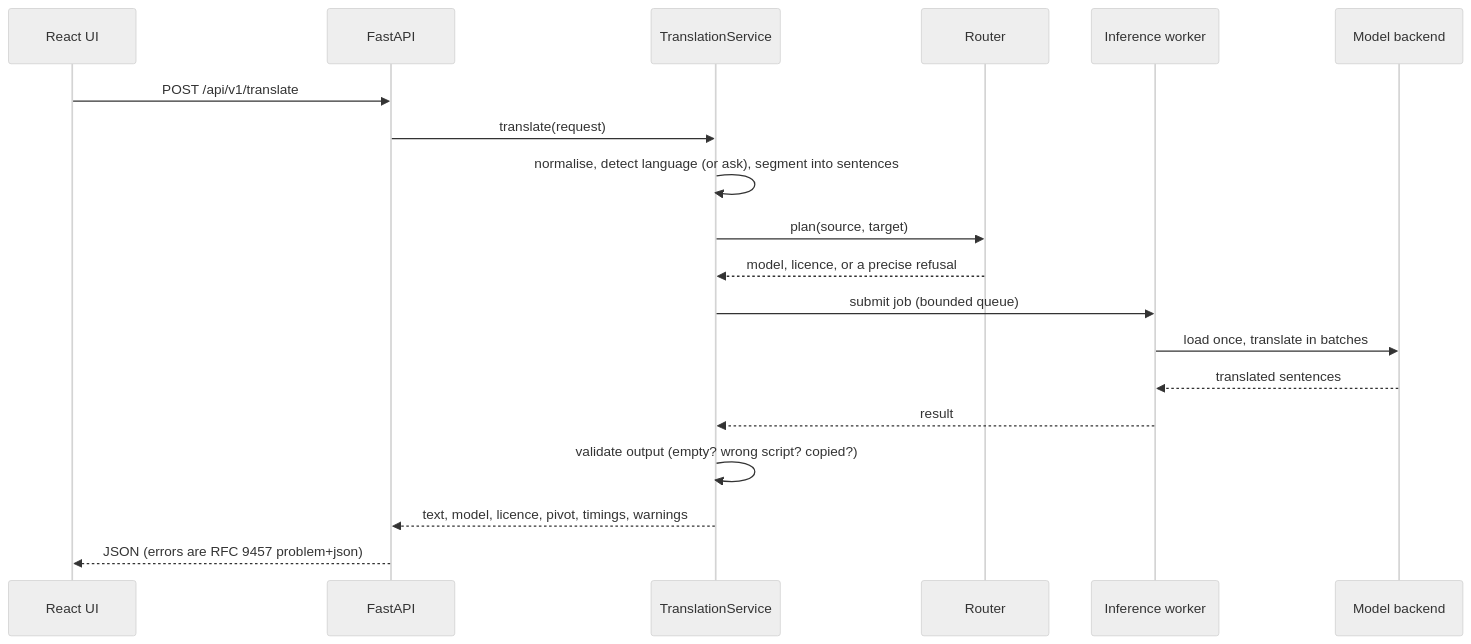
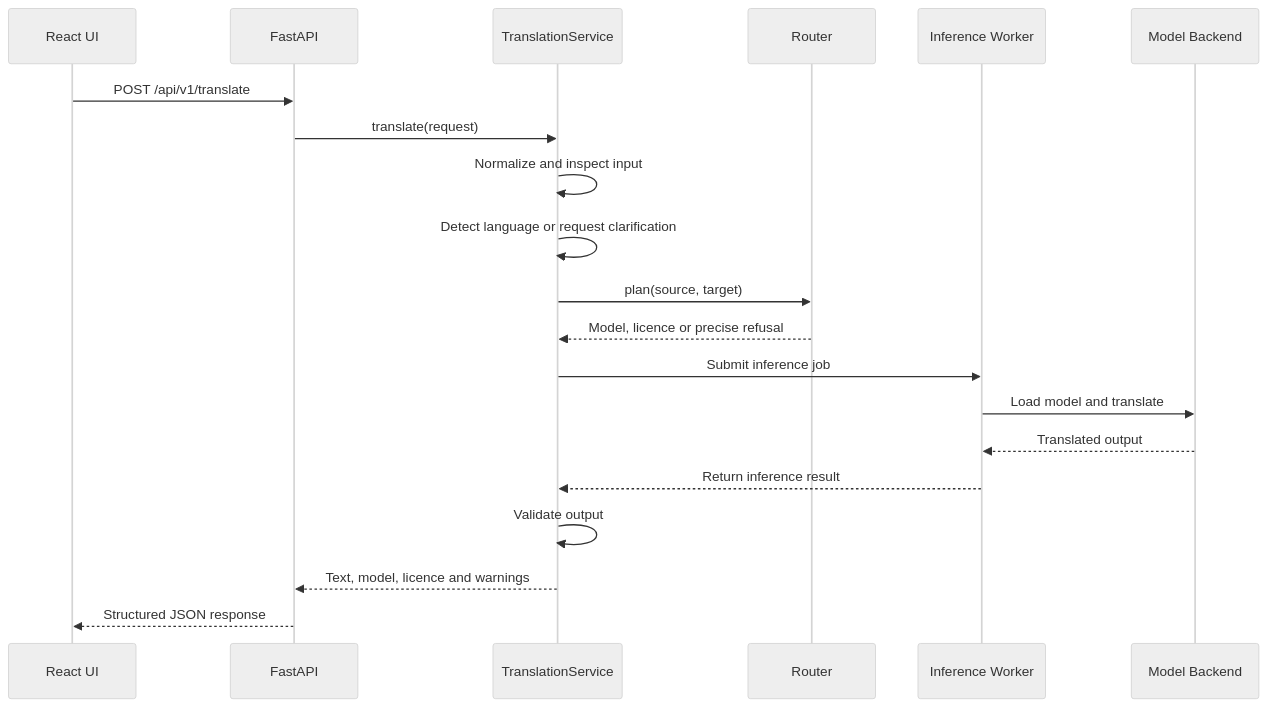
The diagram in README.md (Mohammad24asif/multilingual-ai-platform), drawn with Mermaid (neutral theme) before and after one commit. The commit also changed other lines of this file and 1 other file, not shown here.

````diff
--- a/README.md
+++ b/README.md
@@ -51,21 +225,23 @@
 ```mermaid
 sequenceDiagram
-  participant UI as React UI
-  participant API as FastAPI
-  participant S as TranslationService
-  participant R as Router
-  participant W as Inference worker
-  participant M as Model backend
-  UI->>API: POST /api/v1/translate
-  API->>S: translate(request)
-  S->>S: normalise, detect language (or ask), segment into sentences
-  S->>R: plan(source, target)
-  R-->>S: model, licence, or a precise refusal
-  S->>W: submit job (bounded queue)
-  W->>M: load once, translate in batches
-  M-->>W: translated sentences
-  W-->>S: result
-  S->>S: validate output (empty? wrong script? copied?)
-  S-->>API: text, model, licence, pivot, timings, warnings
-  API-->>UI: JSON (errors are RFC 9457 problem+json)
+    participant UI as React UI
+    participant API as FastAPI
+    participant S as TranslationService
+    participant R as Router
+    participant W as Inference Worker
+    participant M as Model Backend
+
+    UI->>API: POST /api/v1/translate
+    API->>S: translate(request)
+    S->>S: Normalize and inspect input
+    S->>S: Detect language or request clarification
+    S->>R: plan(source, target)
+    R-->>S: Model, licence or precise refusal
+    S->>W: Submit inference job
+    W->>M: Load model and translate
+    M-->>W: Translated output
+    W-->>S: Return inference result
+    S->>S: Validate output
+    S-->>API: Text, model, licence and warnings
+    API-->>UI: Structured JSON response
 ```
````
